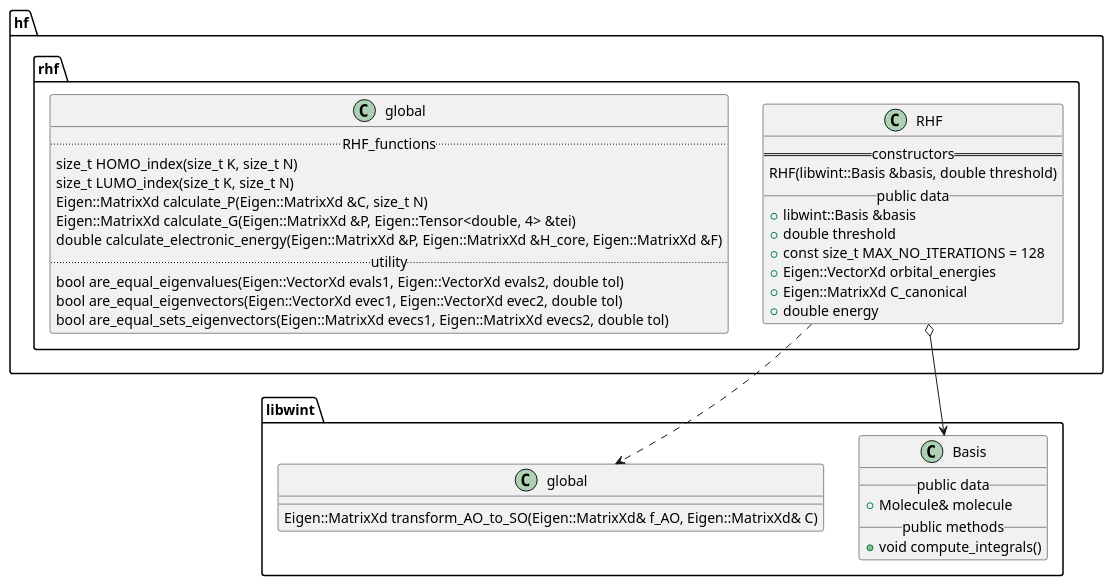
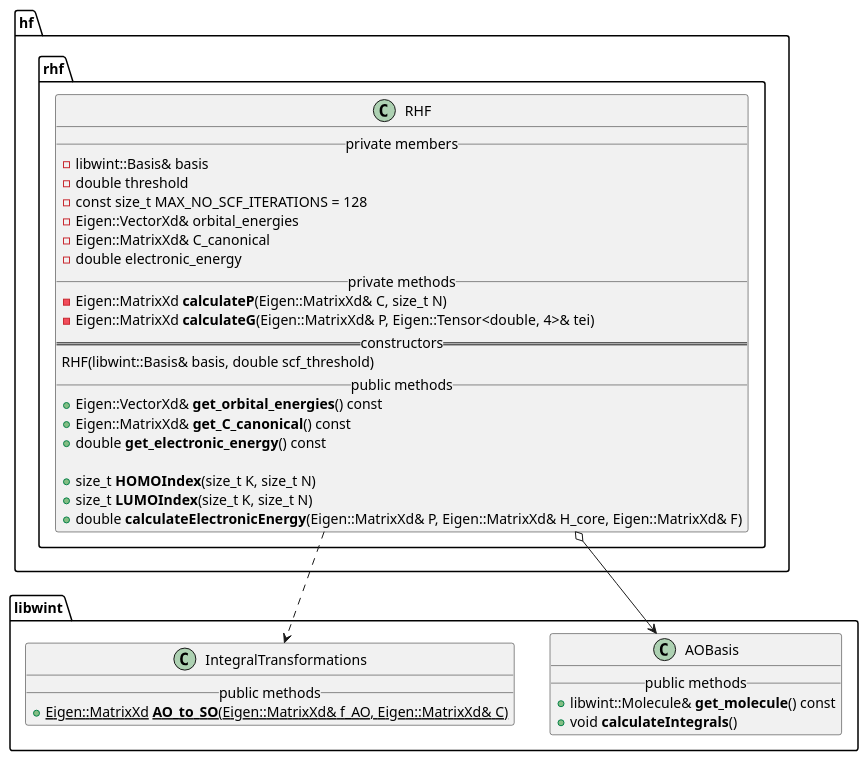
Before and after one commit to tmhuysen/hf: the diagram in docs/hf.puml, drawn with PlantUML. The commit also changed 2 other files, not shown here.

Commit message:
Refactor RHF class.

```diff
--- a/docs/hf.puml
+++ b/docs/hf.puml
@@ -1,58 +1,55 @@
 @startuml
 
 
 namespace libwint {
 
-    class Basis {
-        __ public data __
-            + Molecule& molecule
+    class AOBasis {
         __ public methods __
-            + void compute_integrals()
+            + libwint::Molecule& **get_molecule**() const
+            + void **calculateIntegrals**()
     }
 
 
-    class global {
-        Eigen::MatrixXd transform_AO_to_SO(Eigen::MatrixXd& f_AO, Eigen::MatrixXd& C)
+    class IntegralTransformations {
+        __ public methods __
+            + {static} Eigen::MatrixXd **AO_to_SO**(Eigen::MatrixXd& f_AO, Eigen::MatrixXd& C)
     }
 
 }
 
 
 namespace hf {
     namespace rhf {
 
         class RHF {
+            __ private members __
+                - libwint::Basis& basis
+                - double threshold
+                - const size_t MAX_NO_SCF_ITERATIONS = 128
+                - Eigen::VectorXd& orbital_energies
+                - Eigen::MatrixXd& C_canonical
+                - double electronic_energy
+            __ private methods __
+                - Eigen::MatrixXd **calculateP**(Eigen::MatrixXd& C, size_t N)
+                - Eigen::MatrixXd **calculateG**(Eigen::MatrixXd& P, Eigen::Tensor<double, 4>& tei)
             == constructors ==
-                RHF(libwint::Basis &basis, double threshold)
-            __ public data __
-                + libwint::Basis &basis
-                + double threshold
-                + const size_t MAX_NO_ITERATIONS = 128
-                + Eigen::VectorXd orbital_energies
-                + Eigen::MatrixXd C_canonical
-                + double energy
+                RHF(libwint::Basis& basis, double scf_threshold)
+            __ public methods __
+                + Eigen::VectorXd& **get_orbital_energies**() const
+                + Eigen::MatrixXd& **get_C_canonical**() const
+                + double **get_electronic_energy**() const
+
+                + size_t **HOMOIndex**(size_t K, size_t N)
+                + size_t **LUMOIndex**(size_t K, size_t N)
+                + double **calculateElectronicEnergy**(Eigen::MatrixXd& P, Eigen::MatrixXd& H_core, Eigen::MatrixXd& F)
         }
-
-        class global {
-            .. RHF_functions ..
-                size_t HOMO_index(size_t K, size_t N)
-                size_t LUMO_index(size_t K, size_t N)
-                Eigen::MatrixXd calculate_P(Eigen::MatrixXd &C, size_t N)
-                Eigen::MatrixXd calculate_G(Eigen::MatrixXd &P, Eigen::Tensor<double, 4> &tei)
-                double calculate_electronic_energy(Eigen::MatrixXd &P, Eigen::MatrixXd &H_core, Eigen::MatrixXd &F)
-            .. utility ..
-                bool are_equal_eigenvalues(Eigen::VectorXd evals1, Eigen::VectorXd evals2, double tol)
-                bool are_equal_eigenvectors(Eigen::VectorXd evec1, Eigen::VectorXd evec2, double tol)
-                bool are_equal_sets_eigenvectors(Eigen::MatrixXd evecs1, Eigen::MatrixXd evecs2, double tol)
-        }
-
     }
 }
 
 
 
-hf.rhf.RHF o--> libwint.Basis
+hf.rhf.RHF o--> libwint.AOBasis
 
-hf.rhf.RHF ..> libwint.global
+hf.rhf.RHF ..> libwint.IntegralTransformations
 
 @enduml
```
